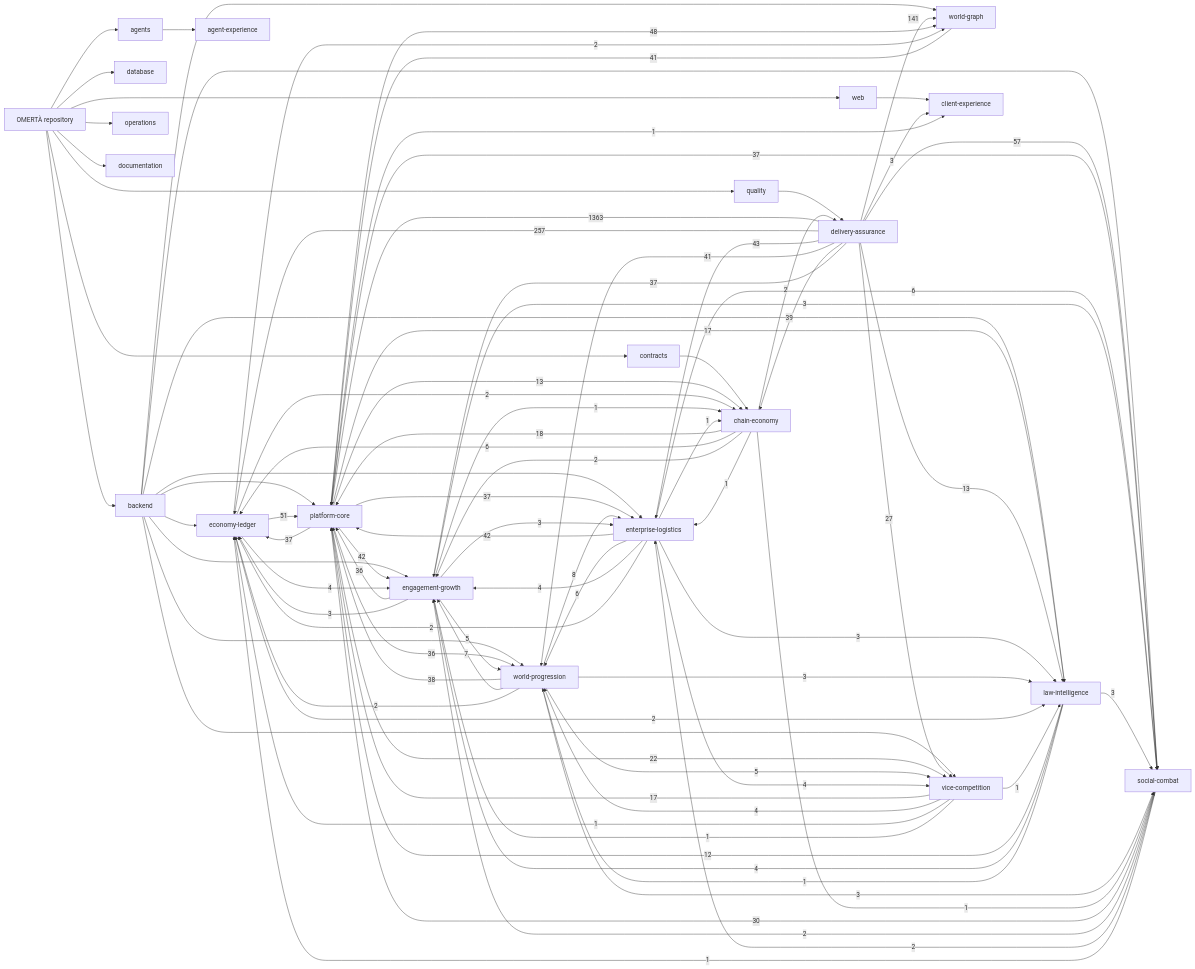
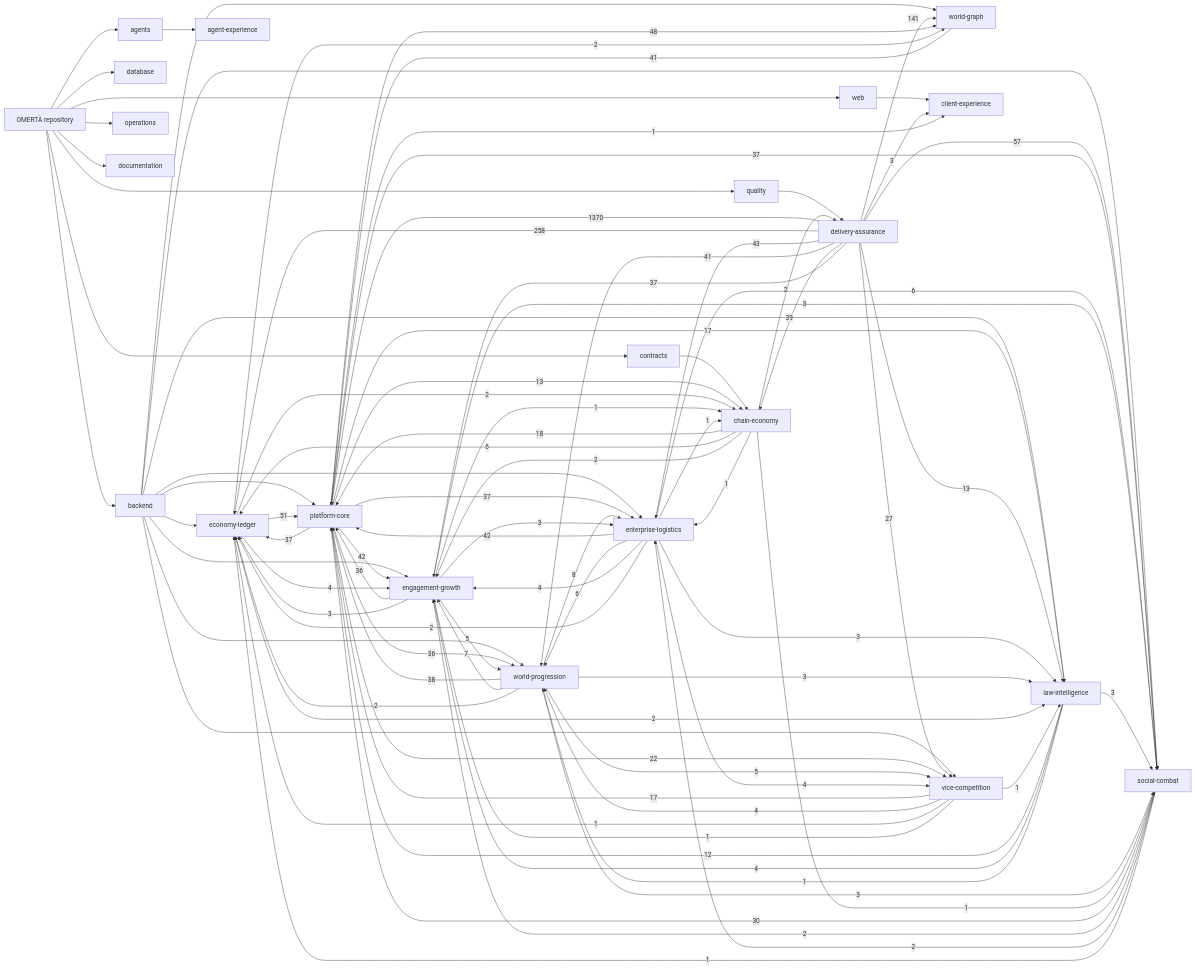
One commit to OmertaDev/Omerta changed the diagram in knowledge/generated/graph.mmd. Above: the diagram before and after it, drawn with Mermaid. The commit also changed 8 other files, not shown here.

```diff
--- a/knowledge/generated/graph.mmd
+++ b/knowledge/generated/graph.mmd
@@ -1,111 +1,111 @@
 flowchart LR
   repo["OMERTÀ repository"]
   sub_backend["backend"]
   repo --> sub_backend
   sub_database["database"]
   repo --> sub_database
   sub_web["web"]
   repo --> sub_web
   sub_contracts["contracts"]
   repo --> sub_contracts
   sub_agents["agents"]
   repo --> sub_agents
   sub_quality["quality"]
   repo --> sub_quality
   sub_operations["operations"]
   repo --> sub_operations
   sub_documentation["documentation"]
   repo --> sub_documentation
   dom_platform-core["platform-core"]
   dom_economy-ledger["economy-ledger"]
   dom_social-combat["social-combat"]
   dom_world-progression["world-progression"]
   dom_world-graph["world-graph"]
   dom_enterprise-logistics["enterprise-logistics"]
   dom_vice-competition["vice-competition"]
   dom_law-intelligence["law-intelligence"]
   dom_chain-economy["chain-economy"]
   dom_engagement-growth["engagement-growth"]
   dom_client-experience["client-experience"]
   dom_agent-experience["agent-experience"]
   dom_delivery-assurance["delivery-assurance"]
   sub_agents --> dom_agent-experience
   sub_backend --> dom_economy-ledger
   sub_backend --> dom_engagement-growth
   sub_backend --> dom_enterprise-logistics
   sub_backend --> dom_law-intelligence
   sub_backend --> dom_platform-core
   sub_backend --> dom_social-combat
   sub_backend --> dom_vice-competition
   sub_backend --> dom_world-graph
   sub_backend --> dom_world-progression
   sub_contracts --> dom_chain-economy
   sub_quality --> dom_delivery-assurance
   sub_web --> dom_client-experience
-  dom_delivery-assurance -->|1363| dom_platform-core
-  dom_delivery-assurance -->|257| dom_economy-ledger
+  dom_delivery-assurance -->|1370| dom_platform-core
+  dom_delivery-assurance -->|258| dom_economy-ledger
   dom_delivery-assurance -->|141| dom_world-graph
   dom_delivery-assurance -->|57| dom_social-combat
   dom_economy-ledger -->|51| dom_platform-core
   dom_platform-core -->|48| dom_world-graph
   dom_delivery-assurance -->|43| dom_enterprise-logistics
   dom_enterprise-logistics -->|42| dom_platform-core
   dom_platform-core -->|42| dom_engagement-growth
   dom_delivery-assurance -->|41| dom_world-progression
   dom_world-graph -->|41| dom_platform-core
   dom_delivery-assurance -->|39| dom_chain-economy
   dom_world-progression -->|38| dom_platform-core
   dom_delivery-assurance -->|37| dom_engagement-growth
   dom_platform-core -->|37| dom_economy-ledger
   dom_platform-core -->|37| dom_enterprise-logistics
   dom_platform-core -->|37| dom_social-combat
   dom_engagement-growth -->|36| dom_platform-core
   dom_platform-core -->|36| dom_world-progression
   dom_social-combat -->|30| dom_platform-core
   dom_delivery-assurance -->|27| dom_vice-competition
   dom_platform-core -->|22| dom_vice-competition
   dom_chain-economy -->|18| dom_platform-core
   dom_platform-core -->|17| dom_law-intelligence
   dom_vice-competition -->|17| dom_platform-core
   dom_delivery-assurance -->|13| dom_law-intelligence
   dom_platform-core -->|13| dom_chain-economy
   dom_law-intelligence -->|12| dom_platform-core
   dom_world-progression -->|8| dom_enterprise-logistics
   dom_world-progression -->|7| dom_engagement-growth
   dom_chain-economy -->|6| dom_economy-ledger
   dom_enterprise-logistics -->|6| dom_social-combat
   dom_enterprise-logistics -->|6| dom_world-progression
   dom_engagement-growth -->|5| dom_world-progression
   dom_world-progression -->|5| dom_vice-competition
   dom_economy-ledger -->|4| dom_engagement-growth
   dom_enterprise-logistics -->|4| dom_engagement-growth
   dom_enterprise-logistics -->|4| dom_vice-competition
   dom_law-intelligence -->|4| dom_engagement-growth
   dom_vice-competition -->|4| dom_world-progression
   dom_delivery-assurance -->|3| dom_client-experience
   dom_engagement-growth -->|3| dom_economy-ledger
   dom_engagement-growth -->|3| dom_enterprise-logistics
   dom_engagement-growth -->|3| dom_social-combat
   dom_enterprise-logistics -->|3| dom_law-intelligence
   dom_law-intelligence -->|3| dom_social-combat
   dom_world-progression -->|3| dom_law-intelligence
   dom_world-progression -->|3| dom_social-combat
   dom_chain-economy -->|2| dom_delivery-assurance
   dom_chain-economy -->|2| dom_engagement-growth
   dom_economy-ledger -->|2| dom_chain-economy
   dom_economy-ledger -->|2| dom_law-intelligence
   dom_economy-ledger -->|2| dom_world-graph
   dom_enterprise-logistics -->|2| dom_economy-ledger
   dom_social-combat -->|2| dom_engagement-growth
   dom_social-combat -->|2| dom_enterprise-logistics
   dom_world-progression -->|2| dom_economy-ledger
   dom_chain-economy -->|1| dom_enterprise-logistics
   dom_chain-economy -->|1| dom_social-combat
   dom_engagement-growth -->|1| dom_chain-economy
   dom_enterprise-logistics -->|1| dom_chain-economy
   dom_law-intelligence -->|1| dom_world-progression
   dom_platform-core -->|1| dom_client-experience
   dom_social-combat -->|1| dom_economy-ledger
   dom_vice-competition -->|1| dom_economy-ledger
   dom_vice-competition -->|1| dom_engagement-growth
   dom_vice-competition -->|1| dom_law-intelligence
```
